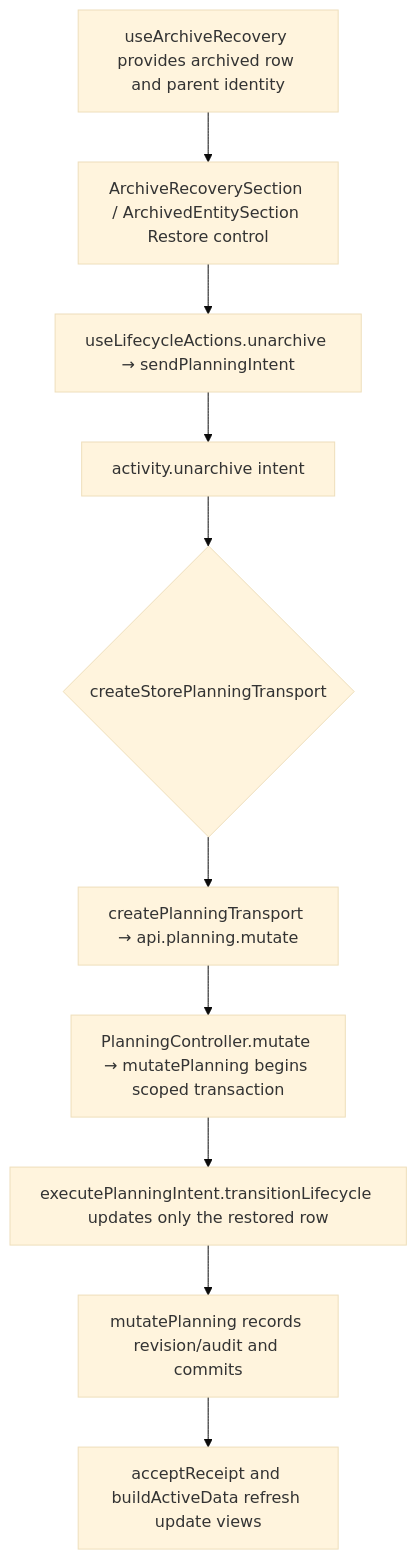
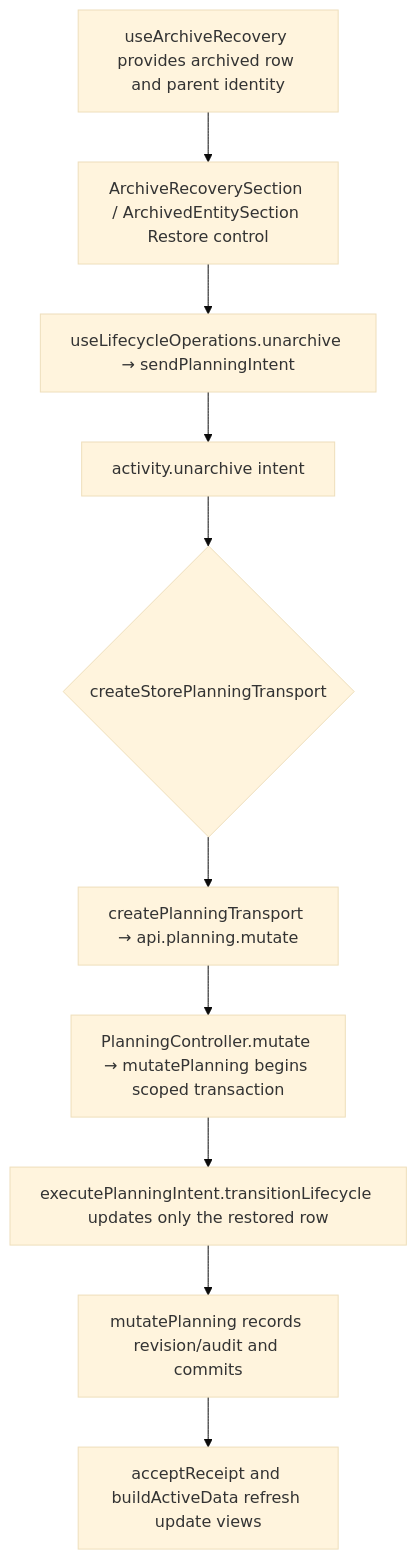
One commit to Kevinjohn/capacitylens changed the second of 2 diagrams in user-stories/activities/US-ACT-05-restore-activity.md. Above: the diagram before and after it, drawn with Mermaid (base theme). The commit also changed other lines of this file and 50 other files, not shown here.

````diff
--- a/user-stories/activities/US-ACT-05-restore-activity.md
+++ b/user-stories/activities/US-ACT-05-restore-activity.md
@@ -26,8 +26,8 @@
 ```mermaid
 flowchart TD
   A["useArchiveRecovery provides archived row and parent identity"] --> B["ArchiveRecoverySection / ArchivedEntitySection Restore control"]
-  B --> C["useLifecycleActions.unarchive → sendPlanningIntent"] --> D["activity.unarchive intent"]
+  B --> C["useLifecycleOperations.unarchive → sendPlanningIntent"] --> D["activity.unarchive intent"]
   D --> E{"createStorePlanningTransport"}
   E --> F["createPlanningTransport → api.planning.mutate"] --> G["PlanningController.mutate → mutatePlanning begins scoped transaction"]
   G --> H["executePlanningIntent.transitionLifecycle updates only the restored row"] --> K["mutatePlanning records revision/audit and commits"] --> J["acceptReceipt and buildActiveData refresh update views"]
 ```
````
